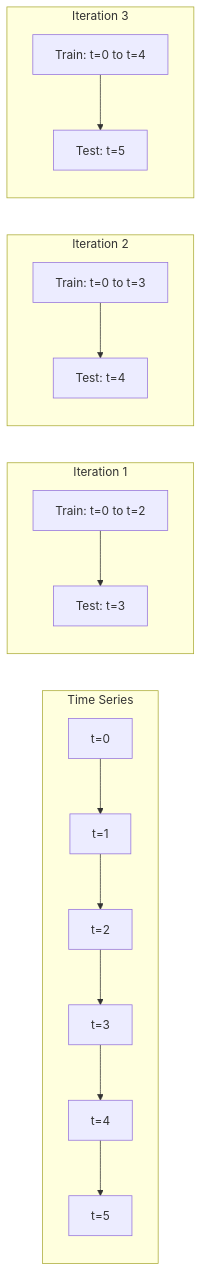
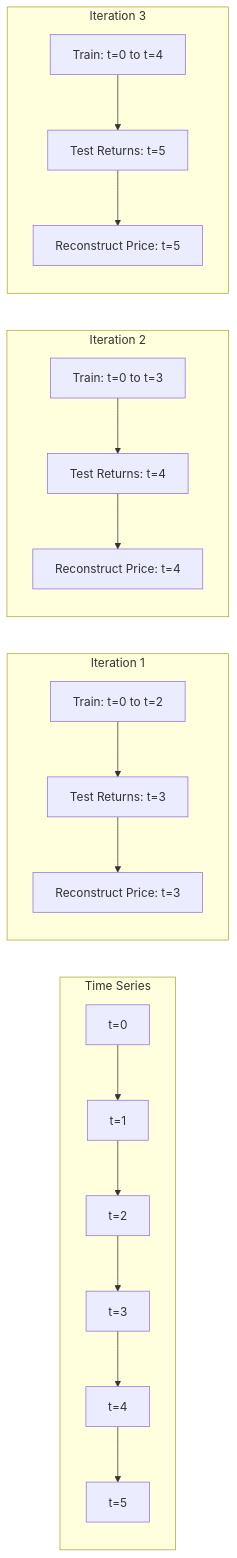
Before and after one commit to konstantin-vantukh/lstm_arima: diagram 11 of 12 in plans/architecture.md, drawn with Mermaid. The commit also changed other lines of this file and 28 other files, not shown here.

````diff
--- a/plans/architecture.md
+++ b/plans/architecture.md
@@ -483,18 +593,21 @@
 ```mermaid
 flowchart LR
     subgraph Time Series
         A[t=0] --> B[t=1] --> C[t=2] --> D[t=3] --> E[t=4] --> F[t=5]
     end
 
     subgraph Iteration 1
-        G[Train: t=0 to t=2] --> H[Test: t=3]
+        G[Train: t=0 to t=2] --> H[Test Returns: t=3]
+        H --> I[Reconstruct Price: t=3]
     end
 
     subgraph Iteration 2
-        I[Train: t=0 to t=3] --> J[Test: t=4]
+        J[Train: t=0 to t=3] --> K[Test Returns: t=4]
+        K --> L[Reconstruct Price: t=4]
     end
 
     subgraph Iteration 3
-        K[Train: t=0 to t=4] --> L[Test: t=5]
+        M[Train: t=0 to t=4] --> N[Test Returns: t=5]
+        N --> O[Reconstruct Price: t=5]
     end
 ```
````
